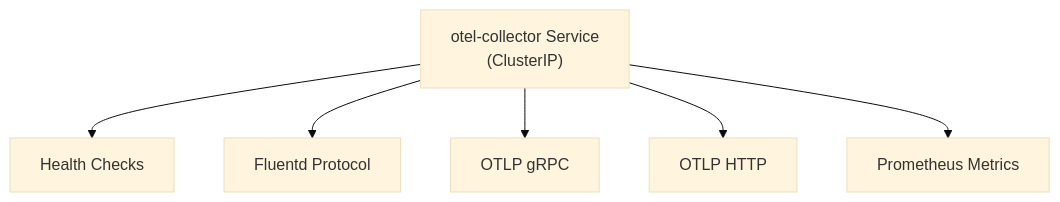
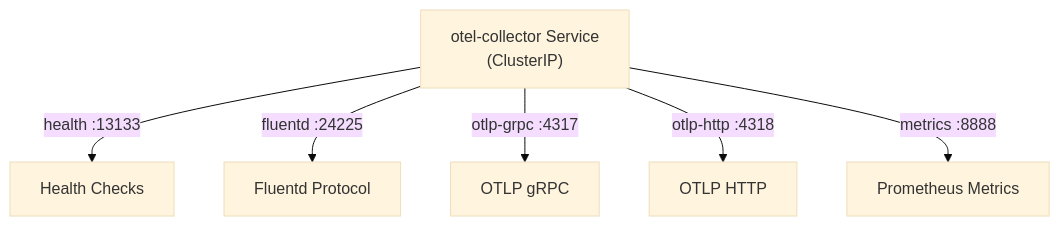
The third of 7 diagrams in docs/hyperdxio-helm-charts-docs/OpenTelemetry-Collector.md (openchoreo/openchoreo), drawn with Mermaid (base theme) before and after one commit. The commit also changed other lines of this file and 85 other files, not shown here.

Commit message:
feat: Add new workflow and specification templates, update Helm chart dependencies, and clarify documentation diagrams.

````diff
--- a/docs/hyperdxio-helm-charts-docs/OpenTelemetry-Collector.md
+++ b/docs/hyperdxio-helm-charts-docs/OpenTelemetry-Collector.md
@@ -143,16 +143,16 @@
 ```mermaid
 flowchart TD
 
 Service["otel-collector Service<br>(ClusterIP)"]
 Port1["Health Checks"]
 Port2["Fluentd Protocol"]
 Port3["OTLP gRPC"]
 Port4["OTLP HTTP"]
 Port5["Prometheus Metrics"]
 
-Service --> Port1
-Service --> Port2
-Service --> Port3
-Service --> Port4
-Service --> Port5
+Service -->|"health :13133"| Port1
+Service -->|"fluentd :24225"| Port2
+Service -->|"otlp-grpc :4317"| Port3
+Service -->|"otlp-http :4318"| Port4
+Service -->|"metrics :8888"| Port5
 ```
````
